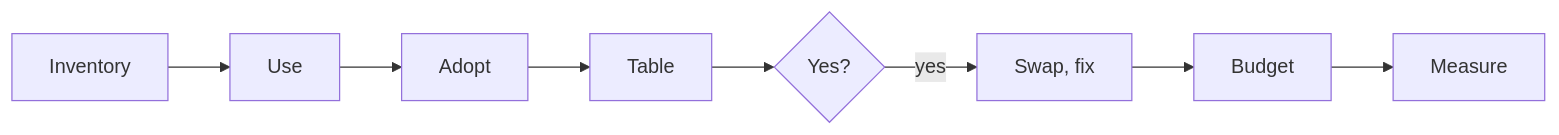
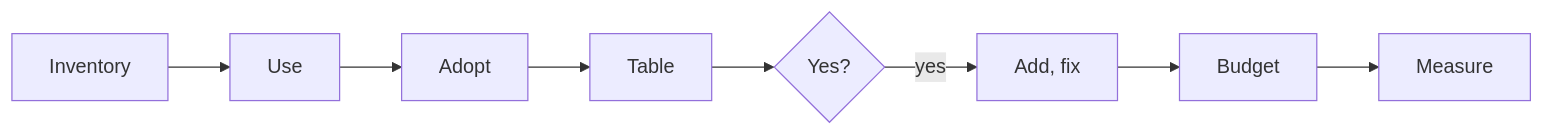
The diagram in plugin/skills/equip/SKILL.md (Colorado-Startups/claudius), drawn with Mermaid before and after one commit. The commit also changed other lines of this file and 21 other files, not shown here.

````diff
--- a/plugin/skills/equip/SKILL.md
+++ b/plugin/skills/equip/SKILL.md
@@ -17,4 +15,4 @@
 ```mermaid
 flowchart LR
-  I[Inventory] --> U[Use] --> D[Adopt] --> T[Table] --> Y{Yes?} -->|yes| A[Swap, fix] --> B[Budget] --> M[Measure]
+  I[Inventory] --> U[Use] --> D[Adopt] --> T[Table] --> Y{Yes?} -->|yes| A[Add, fix] --> B[Budget] --> M[Measure]
 ```
````
